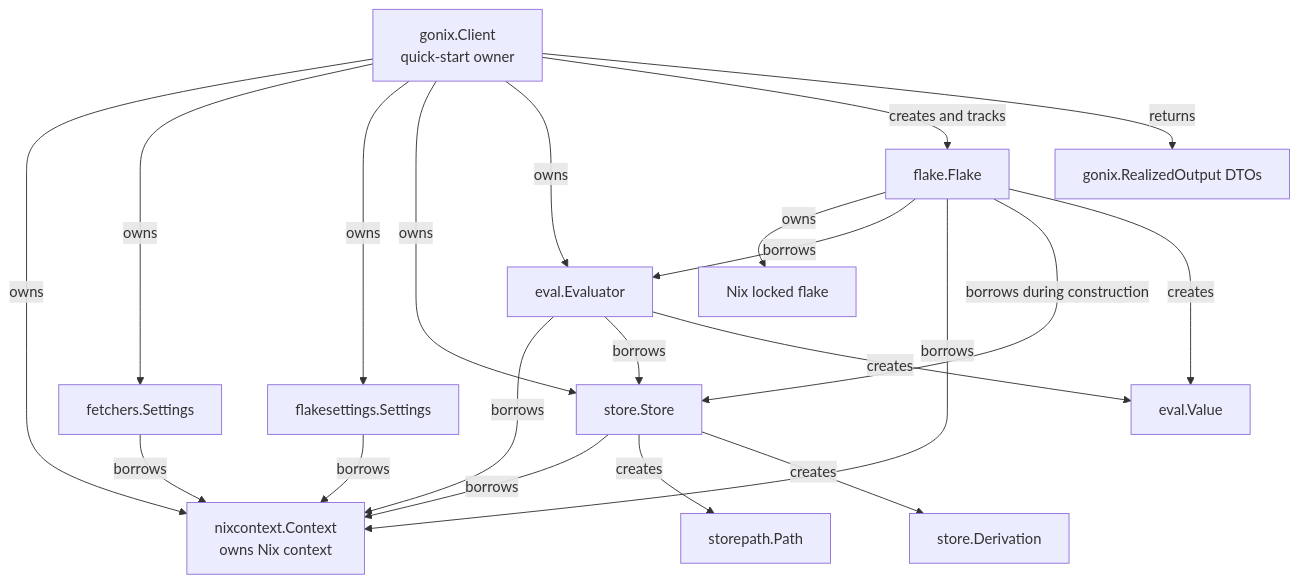
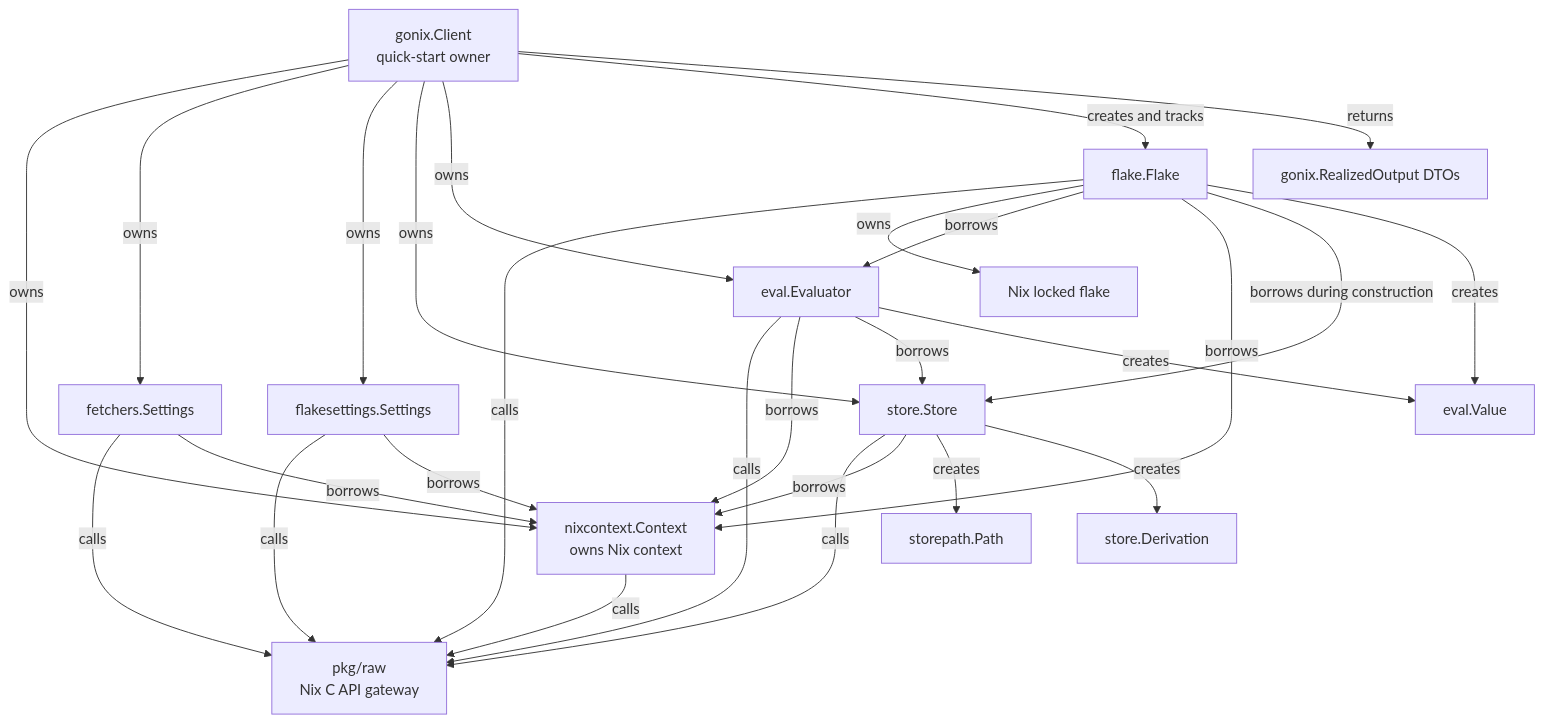
The diagram in docs/architecture.md (sund3RRR/gonix), drawn with Mermaid before and after one commit. The commit also changed other lines of this file and 63 other files, not shown here.

````diff
--- a/docs/architecture.md
+++ b/docs/architecture.md
@@ -199,39 +204,47 @@
 ```mermaid
 flowchart TD
+    Raw["pkg/raw\nNix C API gateway"]
     Context["nixcontext.Context\nowns Nix context"]
     Client["gonix.Client\nquick-start owner"]
     Fetchers["fetchers.Settings"]
     FlakeSettings["flakesettings.Settings"]
     Store["store.Store"]
     Eval["eval.Evaluator"]
     Flake["flake.Flake"]
     LockedFlake["Nix locked flake"]
     Value["eval.Value"]
     Path["storepath.Path"]
     Derivation["store.Derivation"]
     Outputs["gonix.RealizedOutput DTOs"]
+
+    Context -->|calls| Raw
+    Fetchers -->|calls| Raw
+    FlakeSettings -->|calls| Raw
+    Store -->|calls| Raw
+    Eval -->|calls| Raw
+    Flake -->|calls| Raw
 
     Client -->|owns| Context
     Client -->|owns| Fetchers
     Client -->|owns| FlakeSettings
     Client -->|owns| Store
     Client -->|owns| Eval
     Client -->|creates and tracks| Flake
 
     Fetchers -->|borrows| Context
     FlakeSettings -->|borrows| Context
     Store -->|borrows| Context
     Eval -->|borrows| Context
     Eval -->|borrows| Store
 
     Flake -->|owns| LockedFlake
     Flake -->|borrows| Eval
     Flake -->|borrows| Context
     Flake -->|borrows during construction| Store
     Flake -->|creates| Value
 
     Eval -->|creates| Value
     Store -->|creates| Path
     Store -->|creates| Derivation
     Client -->|returns| Outputs
 ```
````
